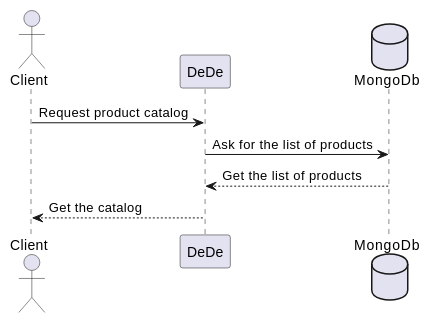
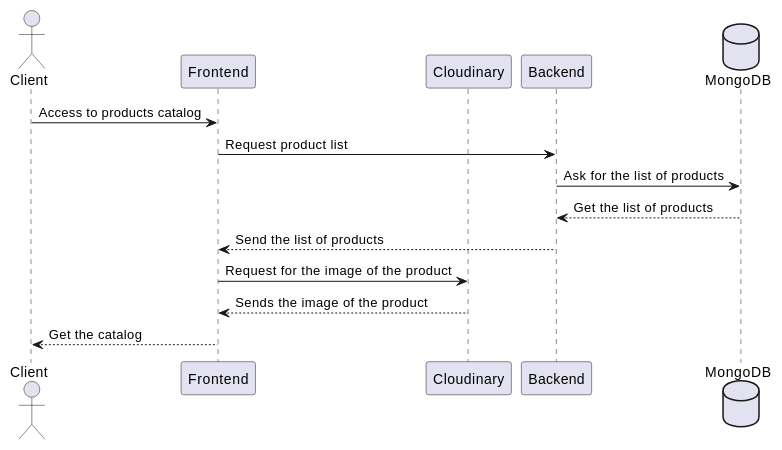
Before and after one commit to Arquisoft/Arquisoft-dede_es_04a: the first of 6 diagrams in docs/06_runtime_view.adoc, drawn with PlantUML. The commit also changed other lines of this file, not shown here.

Commit message:
Cambio diagrama

```diff
--- a/docs/06_runtime_view.adoc
+++ b/docs/06_runtime_view.adoc
@@ -14,12 +14,18 @@
 [plantuml,"PresentationOfTheProductCatalog",png]
 ----
 @startuml
 actor Client
-participant DeDe
-database MongoDb
-Client -> DeDe: Request product catalog
-DeDe -> MongoDb: Ask for the list of products
-MongoDb --> DeDe: Get the list of products
-DeDe --> Client: Get the catalog
+participant Frontend
+participant Cloudinary
+participant Backend
+database MongoDB
+Client -> Frontend: Access to products catalog
+Frontend -> Backend: Request product list
+Backend -> MongoDB: Ask for the list of products
+MongoDB --> Backend: Get the list of products
+Backend --> Frontend: Send the list of products
+Frontend -> Cloudinary: Request for the image of the product
+Cloudinary --> Frontend: Sends the image of the product
+Frontend --> Client: Get the catalog
 @enduml
 ----
```
